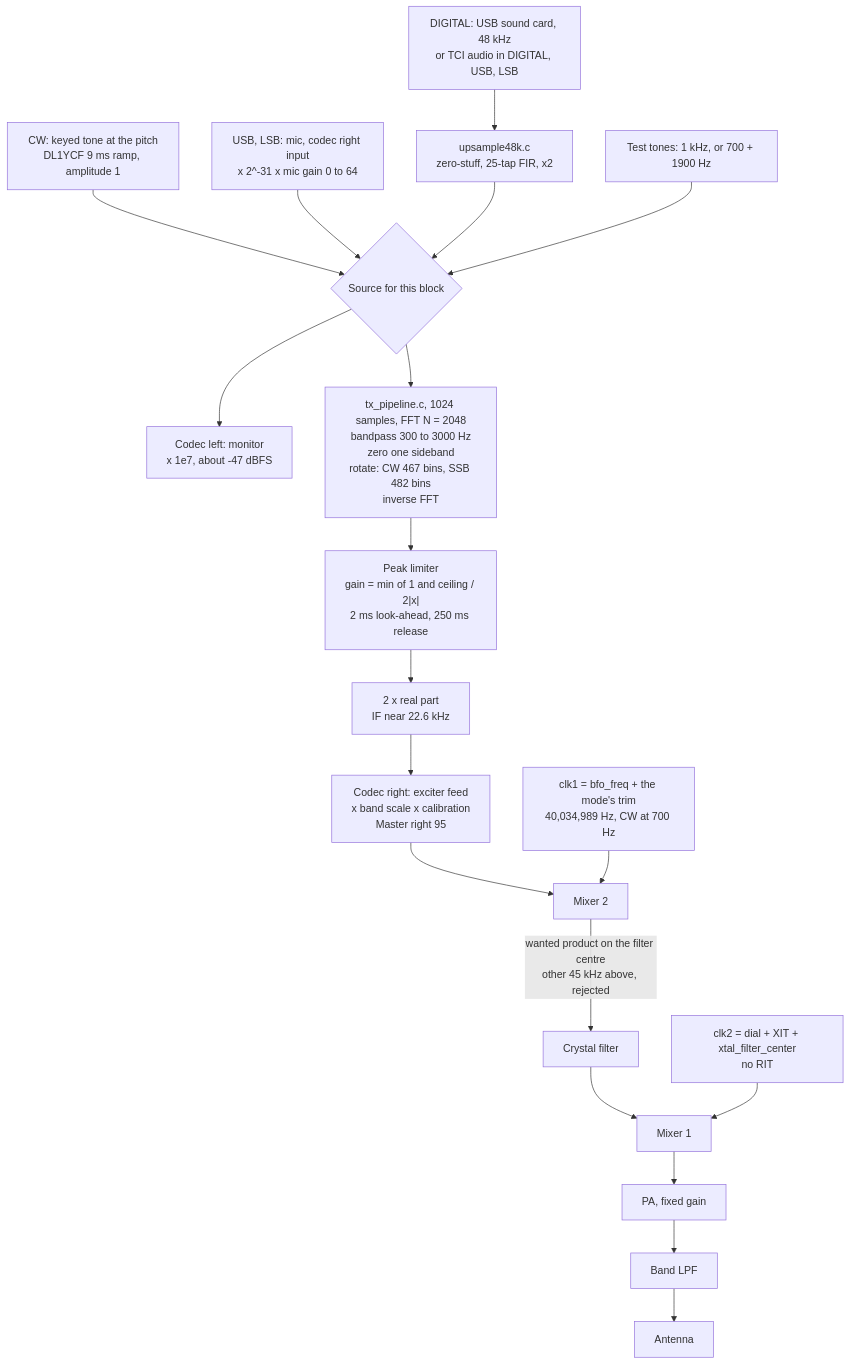
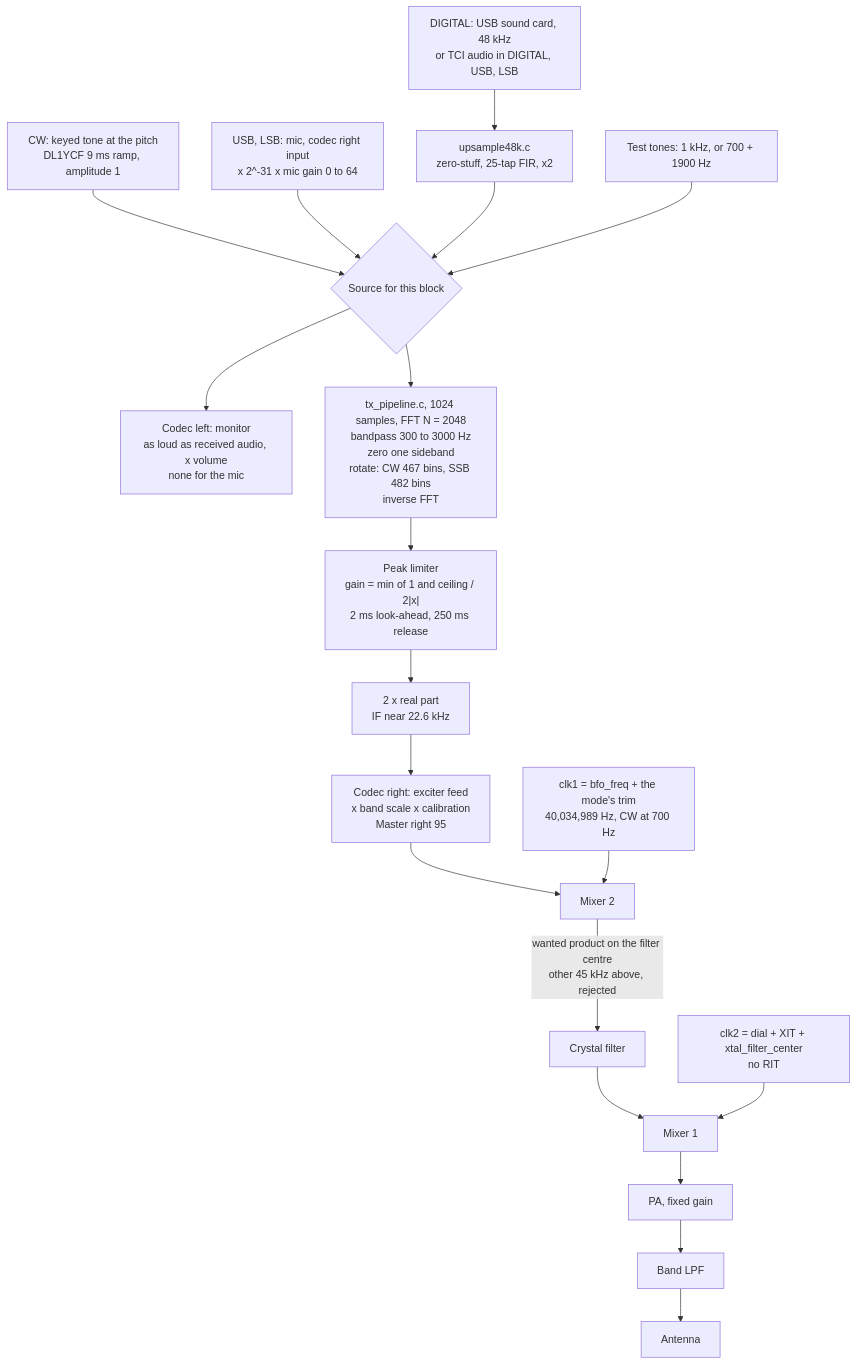
One commit to MikeJohnshoy/maxibitx changed the fourth of 4 diagrams in docs/00_intro.md. Above: the diagram before and after it, drawn with Mermaid. The commit also changed other lines of this file, not shown here.

First line of the commit message:
Clarify monitor audio behavior in documentation

````diff
--- a/docs/00_intro.md
+++ b/docs/00_intro.md
@@ -1181,18 +1181,18 @@
 ```mermaid
 flowchart TD
     CW["CW: keyed tone at the pitch<br/>DL1YCF 9 ms ramp, amplitude 1"] --> SRC{"Source for this block"}
     MIC["USB, LSB: mic, codec right input<br/>x 2^-31 x mic gain 0 to 64"] --> SRC
     DIG["DIGITAL: USB sound card, 48 kHz<br/>or TCI audio in DIGITAL, USB, LSB"] --> UP["upsample48k.c<br/>zero-stuff, 25-tap FIR, x2"] --> SRC
     TONE["Test tones: 1 kHz, or 700 + 1900 Hz"] --> SRC
-    SRC --> MON["Codec left: monitor<br/>x 1e7, about -47 dBFS"]
+    SRC --> MON["Codec left: monitor<br/>as loud as received audio, x volume<br/>none for the mic"]
     SRC --> PIPE["tx_pipeline.c, 1024 samples, FFT N = 2048<br/>bandpass 300 to 3000 Hz<br/>zero one sideband<br/>rotate: CW 467 bins, SSB 482 bins<br/>inverse FFT"]
     PIPE --> ALC["Peak limiter<br/>gain = min of 1 and ceiling / 2|x|<br/>2 ms look-ahead, 250 ms release"]
     ALC --> RE["2 x real part<br/>IF near 22.6 kHz"]
     RE --> DAC["Codec right: exciter feed<br/>x band scale x calibration<br/>Master right 95"]
     DAC --> M2["Mixer 2"]
     BFO["clk1 = bfo_freq + the mode's trim<br/>40,034,989 Hz, CW at 700 Hz"] --> M2
     M2 -->|"wanted product on the filter centre<br/>other 45 kHz above, rejected"| XF["Crystal filter"]
     XF --> M1["Mixer 1"]
     CLK2["clk2 = dial + XIT + xtal_filter_center<br/>no RIT"] --> M1
     M1 --> PA["PA, fixed gain"] --> LPF["Band LPF"] --> ANT["Antenna"]
 ```
````
